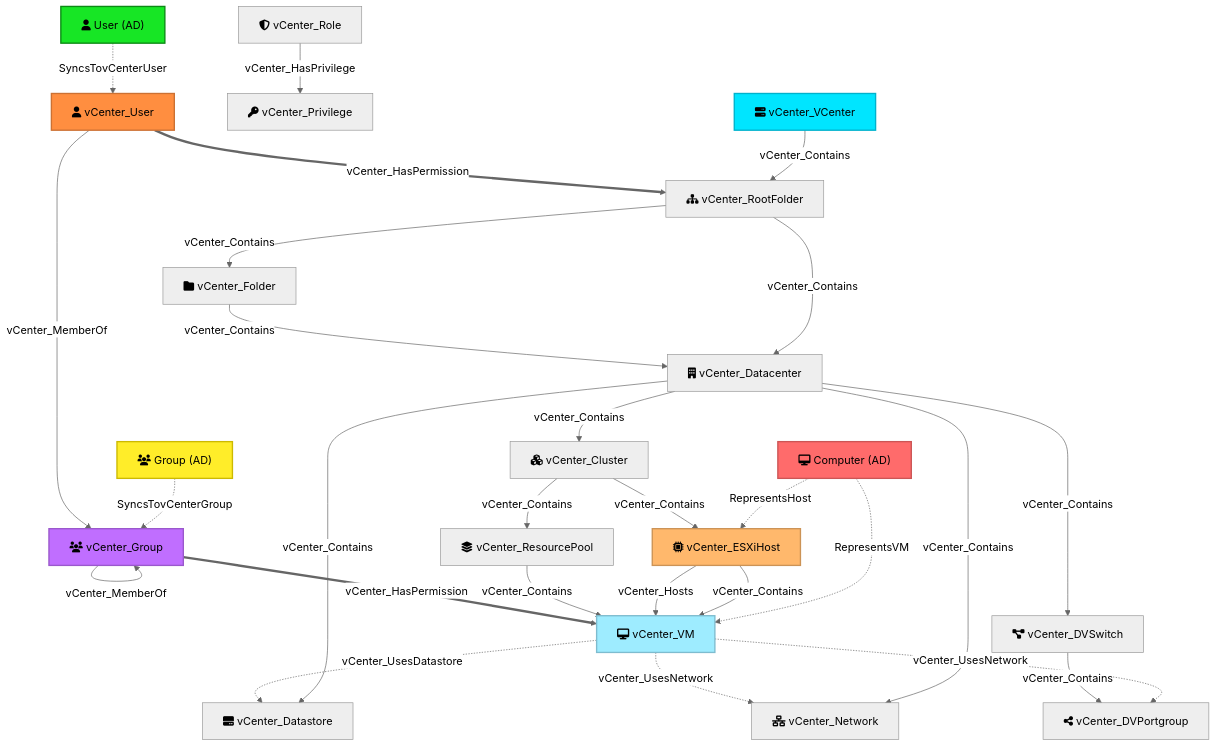
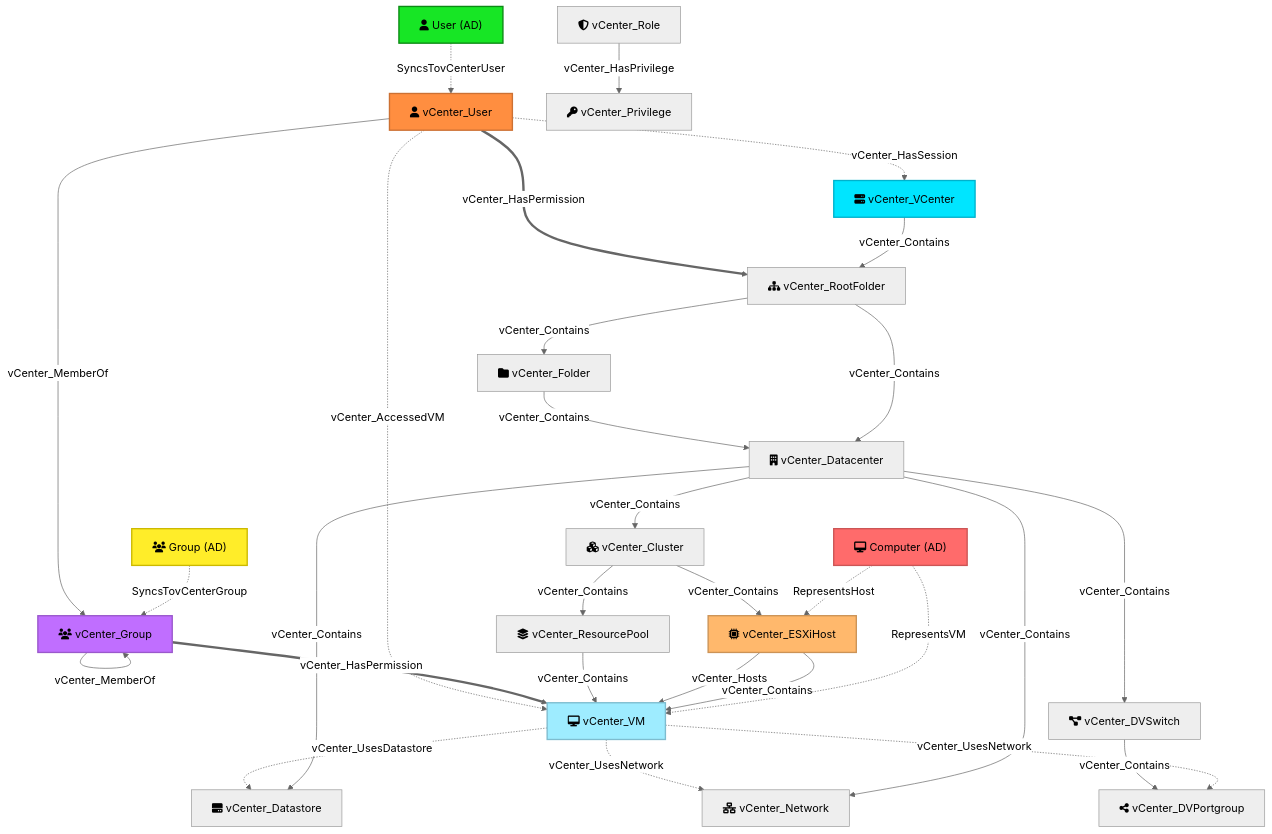
One commit to jazofra/vCenterHoundGo changed the diagram in README.md. Above: the diagram before and after it, drawn with Mermaid (neutral theme). The commit also changed other lines of this file and 7 other files, not shown here.

First line of the commit message:
Add session and VM-usage collection (HasSession, AccessedVM edges)

````diff
--- a/README.md
+++ b/README.md
@@ -155,77 +174,81 @@
 ```mermaid
 flowchart TD
     %% External AD Nodes
     ADUser["fa:fa-user User (AD)"]
     ADGroup["fa:fa-users Group (AD)"]
     ADComputer["fa:fa-desktop Computer (AD)"]
 
     %% vCenter Principals & Permissions
     VCUser["fa:fa-user vCenter_User"]
     VCGroup["fa:fa-users vCenter_Group"]
     VCRole["fa:fa-shield-alt vCenter_Role"]
     VCPriv["fa:fa-key vCenter_Privilege"]
 
     %% Relationships - External Sync
     ADUser -. SyncsTovCenterUser .-> VCUser
     ADGroup -. SyncsTovCenterGroup .-> VCGroup
 
     %% Relationships - Principals
     VCUser -- vCenter_MemberOf --> VCGroup
     VCGroup -- vCenter_MemberOf --> VCGroup
     VCRole -- vCenter_HasPrivilege --> VCPriv
 
     %% Infrastructure Hierarchy
     VC["fa:fa-server vCenter_VCenter"]
     Root["fa:fa-sitemap vCenter_RootFolder"]
     Folder["fa:fa-folder vCenter_Folder"]
     DC["fa:fa-building vCenter_Datacenter"]
     Cluster["fa:fa-cubes vCenter_Cluster"]
     Host["fa:fa-microchip vCenter_ESXiHost"]
     Pool["fa:fa-layer-group vCenter_ResourcePool"]
 
     %% Entity Nodes (Targets of containment/permissions)
     VM["fa:fa-desktop vCenter_VM"]
     DS["fa:fa-hdd vCenter_Datastore"]
     Net["fa:fa-network-wired vCenter_Network"]
     DVS["fa:fa-project-diagram vCenter_DVSwitch"]
     DVPG["fa:fa-share-nodes vCenter_DVPortgroup"]
 
     %% Computer-to-VM/Host Mapping
     ADComputer -. RepresentsVM .-> VM
     ADComputer -. RepresentsHost .-> Host
 
     %% Hierarchy Edges
     VC -- vCenter_Contains --> Root
     Root -- vCenter_Contains --> Folder
     Root -- vCenter_Contains --> DC
     Folder -- vCenter_Contains --> DC
     DC -- vCenter_Contains --> Cluster
     DC -- vCenter_Contains --> DS
     DC -- vCenter_Contains --> Net
     DC -- vCenter_Contains --> DVS
     Cluster -- vCenter_Contains --> Host
     Cluster -- vCenter_Contains --> Pool
     Host -- vCenter_Contains --> VM
     Host -- vCenter_Hosts --> VM
     Pool -- vCenter_Contains --> VM
 
     %% Dependencies
     VM -. vCenter_UsesDatastore .-> DS
     VM -. vCenter_UsesNetwork .-> Net
     VM -. vCenter_UsesNetwork .-> DVPG
     DVS -- vCenter_Contains --> DVPG
 
     %% Permissions (Simplified for readability, applies to any entity)
     VCUser == vCenter_HasPermission ==> Root
     VCGroup == vCenter_HasPermission ==> VM
 
+    %% Sessions & Usage (opt-in, --collect-events)
+    VCUser -. vCenter_HasSession .-> VC
+    VCUser -. vCenter_AccessedVM .-> VM
+
     %% Styling
     style ADUser fill:#17E625,stroke:#0B8A14,stroke-width:2px
     style ADGroup fill:#FFED29,stroke:#CCB900,stroke-width:2px
     style ADComputer fill:#FF6B6B,stroke:#CC5555,stroke-width:2px
     style VCUser fill:#FF8E40,stroke:#CC7133,stroke-width:2px
     style VCGroup fill:#C06EFF,stroke:#9A58CC,stroke-width:2px
     style VM fill:#9EECFF,stroke:#7EBCCF,stroke-width:2px
     style VC fill:#00E5FF,stroke:#00B2CC,stroke-width:2px
     style Host fill:#FFB86C,stroke:#CC9356,stroke-width:2px
 ```
````
